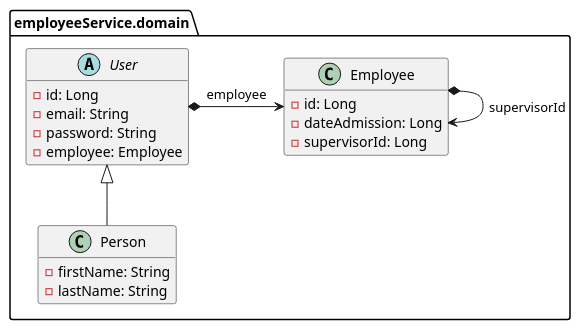
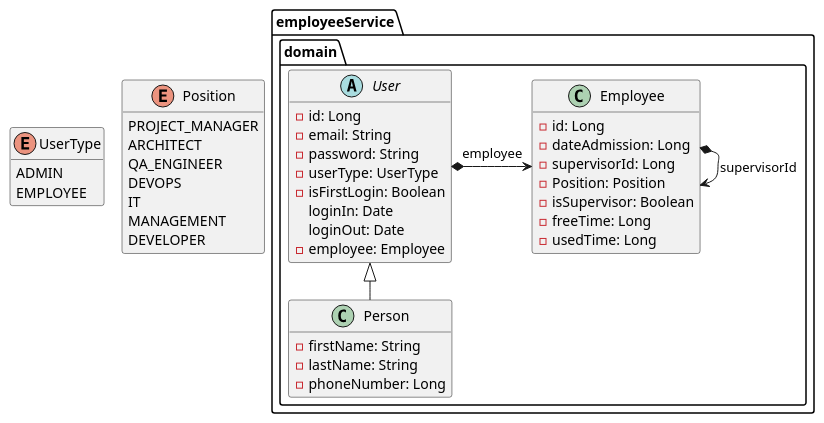
Before and after one commit to Roddriqoxd/employee-service: the diagram in puml/model.puml, drawn with PlantUML.

Commit message:
create puml refactor

```diff
--- a/puml/model.puml
+++ b/puml/model.puml
@@ -1,29 +1,54 @@
 @startuml
-set namespaceSeparator none
+!pragma layout smetana
 
 hide method
+
+enum UserType {
+    ADMIN
+    EMPLOYEE
+}
+
+enum Position {
+    PROJECT_MANAGER
+    ARCHITECT
+    QA_ENGINEER
+    DEVOPS
+    IT
+    MANAGEMENT
+    DEVELOPER
+}
 
 namespace employeeService.domain {
     abstract class User {
         - id: Long
         - email: String
         - password: String
+        - userType: UserType
+        - isFirstLogin: Boolean
+        loginIn: Date
+        loginOut: Date
         - employee: Employee
+
     }
 
     class Person {
         - firstName: String
         - lastName: String
+        - phoneNumber: Long
     }
 
     class Employee {
         - id: Long
         - dateAdmission: Long
         - supervisorId: Long
+        - Position: Position
+        - isSupervisor: Boolean
+        - freeTime: Long
+        - usedTime: Long
     }
 
     Person -up-|> User
     User *-right-> Employee: employee
     Employee *-right-> Employee: supervisorId
 }
 @enduml
```
